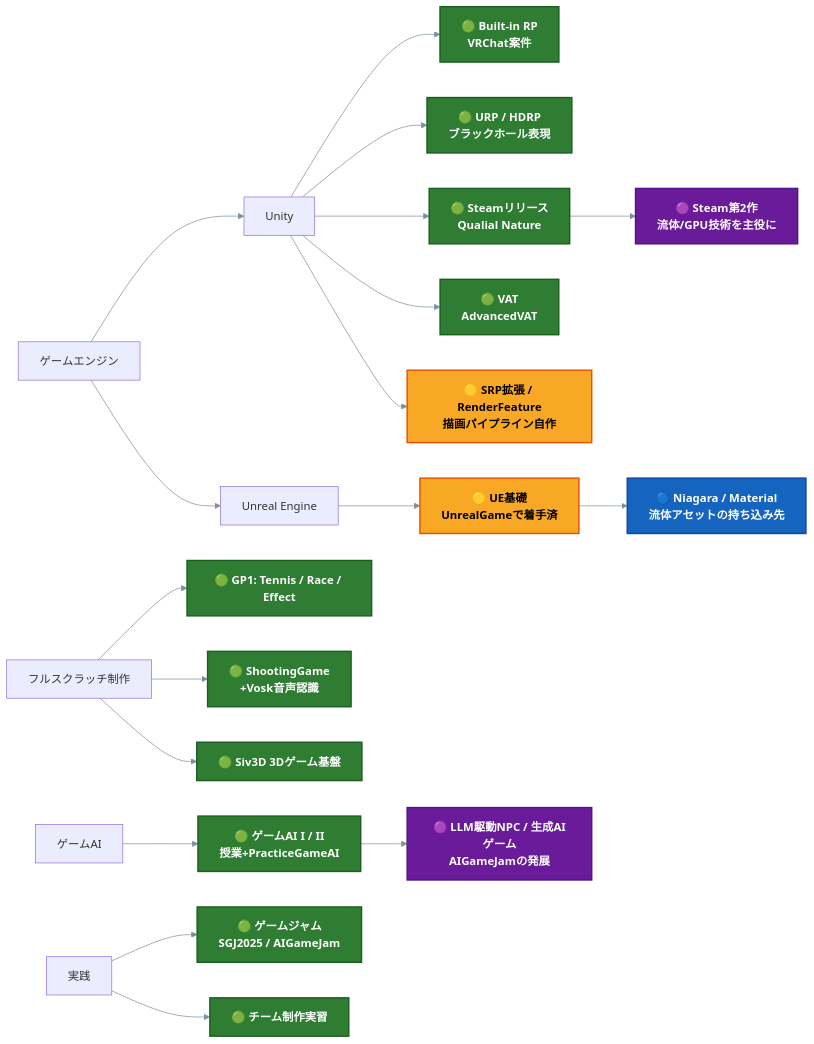
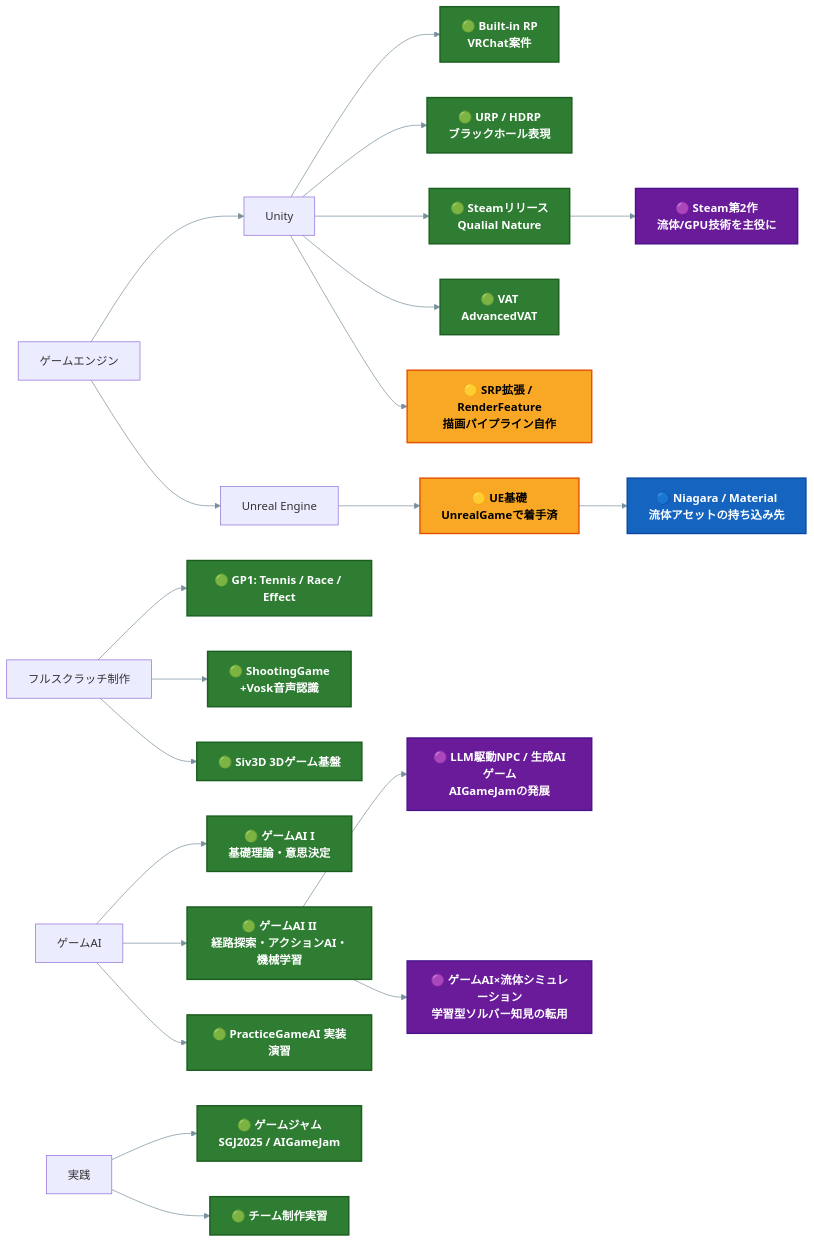
One commit to manato1201/manato1201 changed the sixth of 14 diagrams in README.md. Above: the diagram before and after it, drawn with Mermaid. The commit also changed other lines of this file, not shown here.

Commit message:
Update roadmap and badge descriptions in README

````diff
--- a/README.md
+++ b/README.md
@@ -181,29 +225,32 @@
 ```mermaid
 %%{init: {'themeVariables': {'primaryColor':'#37474f','primaryTextColor':'#ffffff','primaryBorderColor':'#263238','lineColor':'#78909c','fontSize':'16px'}}}%%
 flowchart LR
     ENG[ゲームエンジン] --> U[Unity]
     U --> U1[🟢 Built-in RP<br>VRChat案件]:::done
     U --> U2[🟢 URP / HDRP<br>ブラックホール表現]:::done
     U --> U3[🟢 Steamリリース<br>Qualial Nature]:::done
     U --> U4[🟢 VAT<br>AdvancedVAT]:::done
     U --> U5[🟡 SRP拡張 / RenderFeature<br>描画パイプライン自作]:::review
     ENG --> UE[Unreal Engine]
     UE --> UE1[🟡 UE基礎<br>UnrealGameで着手済]:::review
     UE1 --> UE2[🔵 Niagara / Material<br>流体アセットの持ち込み先]:::next
 
     FS[フルスクラッチ制作] --> F1[🟢 GP1: Tennis / Race / Effect]:::done
     FS --> F2[🟢 ShootingGame<br>+Vosk音声認識]:::done
     FS --> F3[🟢 Siv3D 3Dゲーム基盤]:::done
 
-    GAI[ゲームAI] --> GA1[🟢 ゲームAI I / II<br>授業+PracticeGameAI]:::done
-    GA1 --> GA2[🟣 LLM駆動NPC / 生成AIゲーム<br>AIGameJamの発展]:::adv
+    GAI[ゲームAI] --> GA1[🟢 ゲームAI I<br>基礎理論・意思決定]:::done
+    GAI --> GA2[🟢 ゲームAI II<br>経路探索・アクションAI・機械学習]:::done
+    GAI --> GA3[🟢 PracticeGameAI 実装演習]:::done
+    GA2 --> GA4[🟣 LLM駆動NPC / 生成AIゲーム<br>AIGameJamの発展]:::adv
+    GA2 --> GA5[🟣 ゲームAI×流体シミュレーション<br>学習型ソルバー知見の転用]:::adv
 
     JAM[実践] --> J1[🟢 ゲームジャム<br>SGJ2025 / AIGameJam]:::done
     JAM --> J2[🟢 チーム制作実習]:::done
     U3 --> J3[🟣 Steam第2作<br>流体/GPU技術を主役に]:::adv
 
     classDef done fill:#2e7d32,stroke:#1b5e20,stroke-width:2px,color:#ffffff,font-weight:bold
     classDef review fill:#f9a825,stroke:#e65100,stroke-width:2px,color:#000000,font-weight:bold
     classDef next fill:#1565c0,stroke:#0d47a1,stroke-width:2px,color:#ffffff,font-weight:bold
     classDef adv fill:#6a1b9a,stroke:#4a148c,stroke-width:2px,color:#ffffff,font-weight:bold
 ```
````
